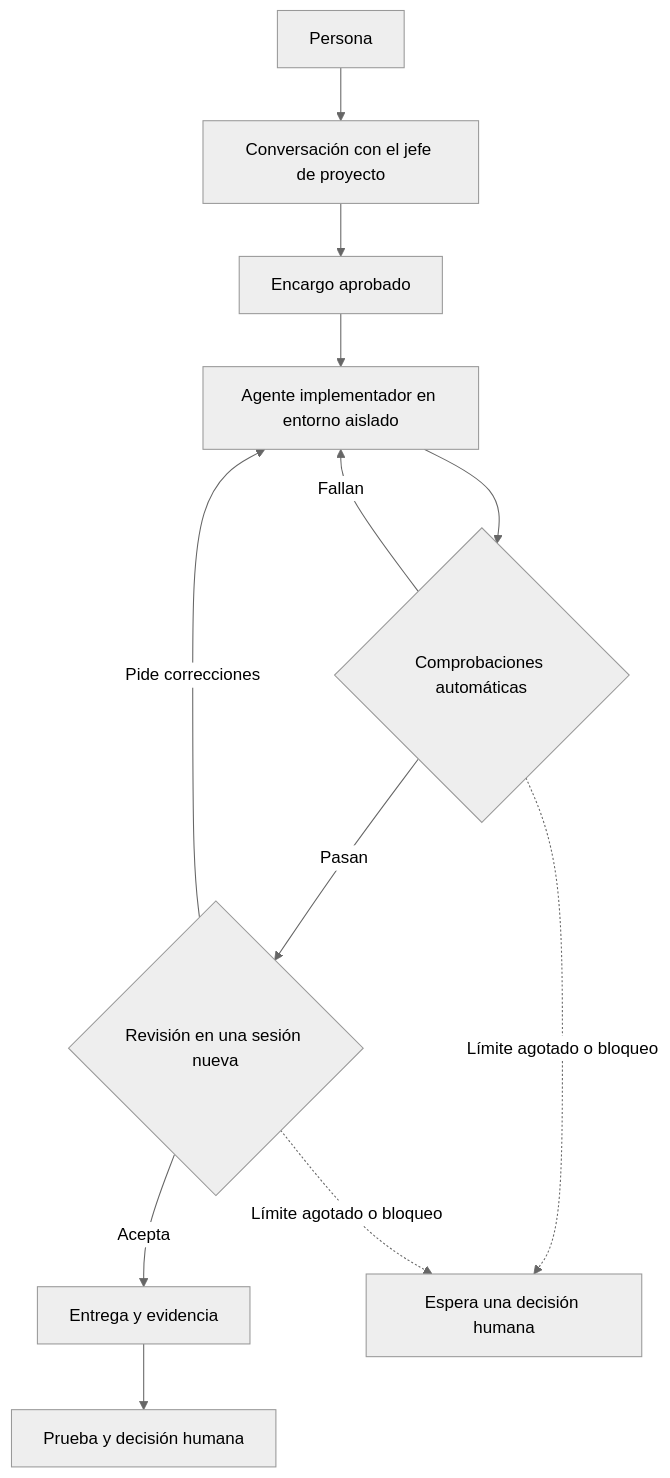
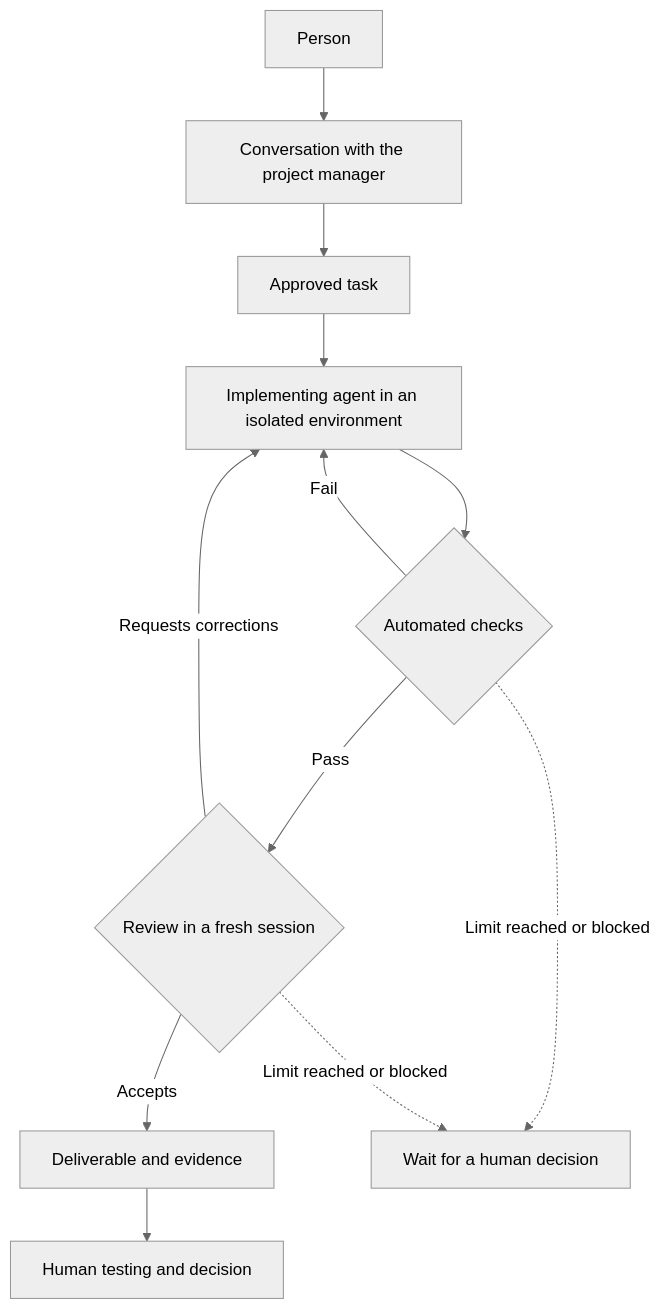
Before and after one commit to Gaan21/agent-factory-case-study: the diagram in README.md, drawn with Mermaid (neutral theme). The commit also changed other lines of this file and 1 other file, not shown here.

Commit message:
docs: translate case study and agent instructions into English

````diff
--- a/README.md
+++ b/README.md
@@ -24,14 +24,14 @@
 ```mermaid
 flowchart TD
-    H[Persona] --> P[Conversación con el jefe de proyecto]
-    P --> E[Encargo aprobado]
-    E --> I[Agente implementador en entorno aislado]
-    I --> C{Comprobaciones automáticas}
-    C -->|Pasan| R{Revisión en una sesión nueva}
-    C -->|Fallan| I
-    R -->|Pide correcciones| I
-    R -->|Acepta| D[Entrega y evidencia]
-    D --> U[Prueba y decisión humana]
-    C -.->|Límite agotado o bloqueo| B[Espera una decisión humana]
-    R -.->|Límite agotado o bloqueo| B
+    H[Person] --> P[Conversation with the project manager]
+    P --> E[Approved task]
+    E --> I[Implementing agent in an isolated environment]
+    I --> C{Automated checks}
+    C -->|Pass| R{Review in a fresh session}
+    C -->|Fail| I
+    R -->|Requests corrections| I
+    R -->|Accepts| D[Deliverable and evidence]
+    D --> U[Human testing and decision]
+    C -.->|Limit reached or blocked| B[Wait for a human decision]
+    R -.->|Limit reached or blocked| B
 ```
````
